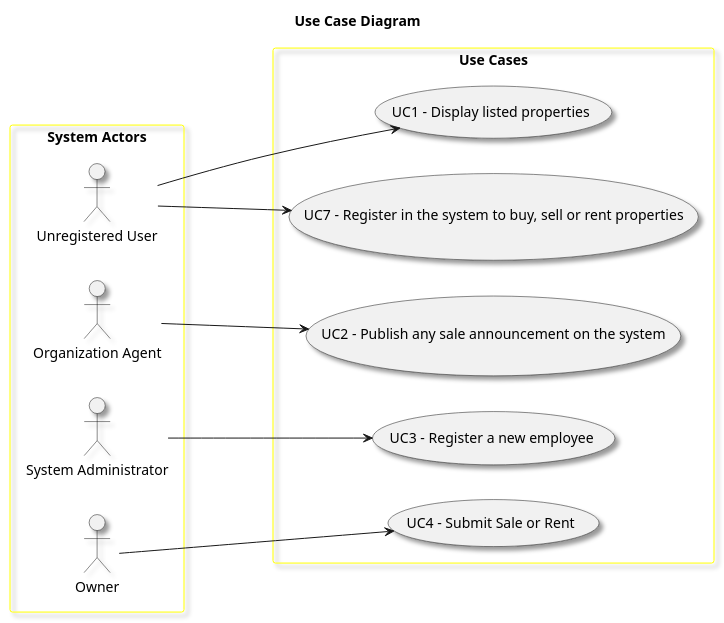
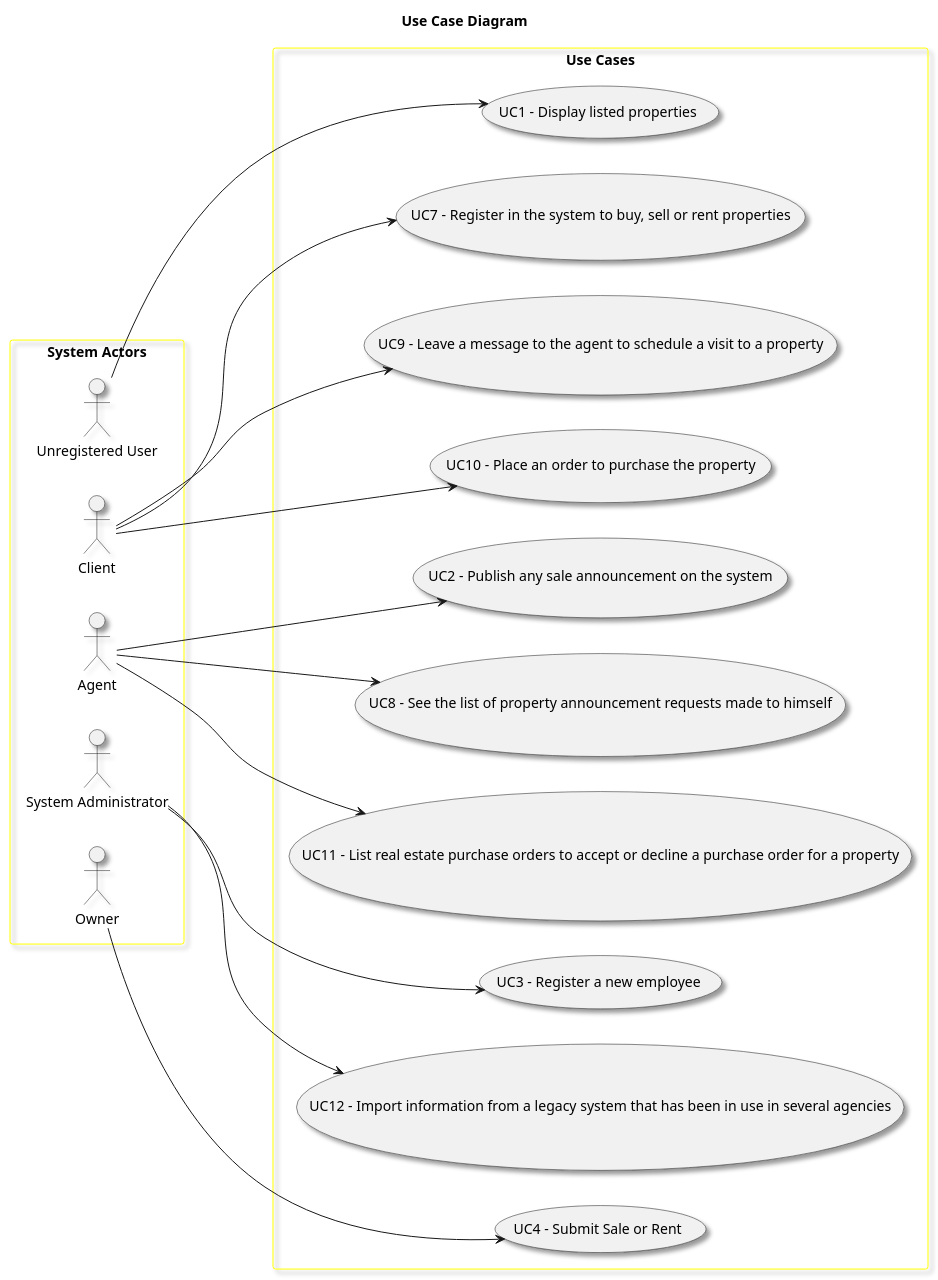
One commit to Goncalves2525/real-estate-management-system changed the diagram in docs/sprintC/global-artifacts/01.requirements-engineering/puml/use-case-diagram.puml. Above: the diagram before and after it, drawn with PlantUML.

Commit message:
Updated Use Case Diagram

```diff
--- a/docs/sprintC/global-artifacts/01.requirements-engineering/puml/use-case-diagram.puml
+++ b/docs/sprintC/global-artifacts/01.requirements-engineering/puml/use-case-diagram.puml
@@ -1,35 +1,46 @@
 @startuml
 'skinparam monochrome true
 skinparam packageStyle rectangle
 skinparam shadowing true
 
 skinparam rectangle{
     BorderColor yellow
 }
 
 title Use Case Diagram
 
 left to right direction
 
 rectangle "System Actors" as actors {
     actor "Unregistered User"
-    actor "Organization Agent"
+    actor "Client"
+    actor "Agent"
     actor "System Administrator"
     actor "Owner"
 }
 
 
 rectangle "Use Cases" as usecases{
     usecase "UC1 - Display listed properties" as UC1
             "Unregistered User" ---> UC1
     usecase "UC2 - Publish any sale announcement on the system" as UC2
-            "Organization Agent" --> UC2
+            "Agent" --> UC2
     usecase "UC3 - Register a new employee" as UC3
             "System Administrator" --> UC3
     usecase "UC4 - Submit Sale or Rent" as UC4
             "Owner" --> UC4
     usecase "UC7 - Register in the system to buy, sell or rent properties" as UC7
-            "Unregistered User" --> UC7
+            "Client" --> UC7
+    usecase "UC8 - See the list of property announcement requests made to himself" as UC8
+            "Agent" --> UC8
+    usecase "UC9 - Leave a message to the agent to schedule a visit to a property" as UC9
+            "Client" --> UC9
+    usecase "UC10 - Place an order to purchase the property" as UC10
+            "Client" --> UC10
+    usecase "UC11 - List real estate purchase orders to accept or decline a purchase order for a property" as UC11
+            "Agent" --> UC11
+    usecase "UC12 - Import information from a legacy system that has been in use in several agencies" as UC12
+            "System Administrator" --> UC12
 }
 
 @enduml
```
